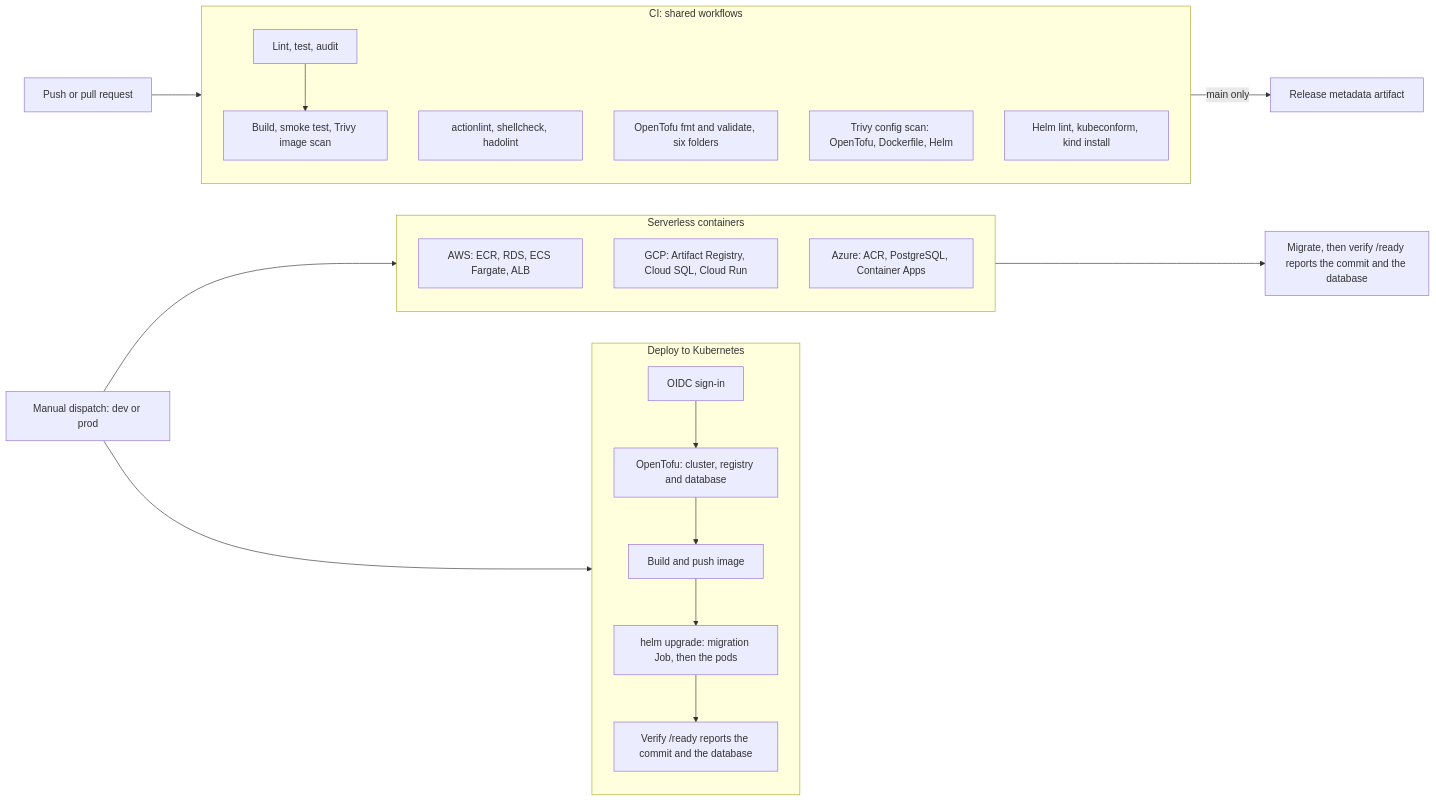
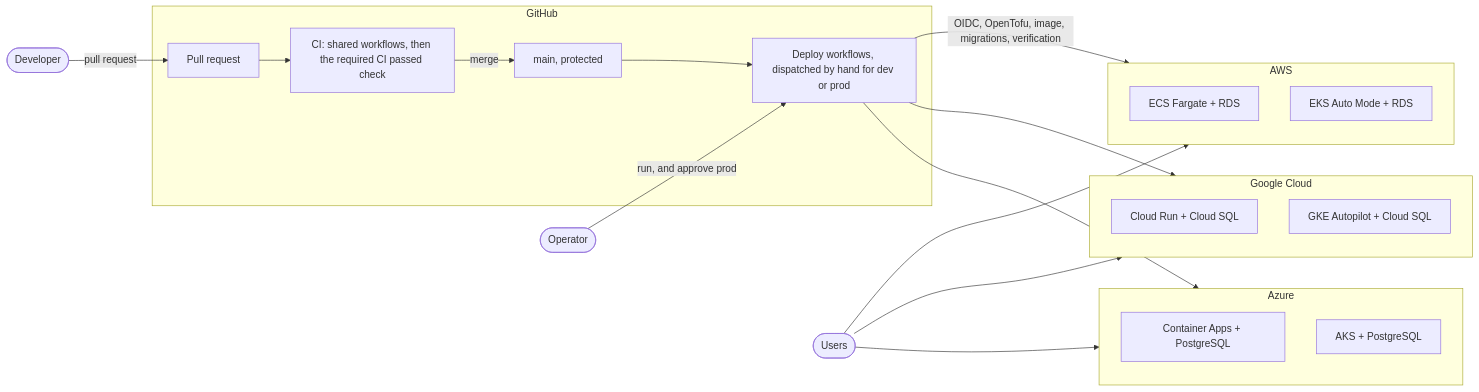
The first of 3 diagrams in docs/architecture.md (Naresh1401/enterprise-multi-cloud), drawn with Mermaid before and after one commit. The commit also changed other lines of this file and 13 other files, not shown here.

First line of the commit message:
Split the architecture doc per cloud and check every claim against the code

````diff
--- a/docs/architecture.md
+++ b/docs/architecture.md
@@ -11,32 +39,28 @@
 ```mermaid
 flowchart LR
-  dev[Push or pull request] --> ci
-
-  subgraph ci[CI: shared workflows]
-    py[Lint, test, audit]
-    lint[actionlint, shellcheck, hadolint]
-    tofu[OpenTofu fmt and validate, six folders]
-    sec[Trivy config scan: OpenTofu, Dockerfile, Helm]
-    img[Build, smoke test, Trivy image scan]
-    helm[Helm lint, kubeconform, kind install]
-    py --> img
+  dev([Developer]) -->|pull request| pr
+  subgraph github["GitHub"]
+    pr["Pull request"] --> ci["CI: shared workflows, then the required CI passed check"]
+    ci -->|merge| main["main, protected"]
+    main --> deploy["Deploy workflows, dispatched by hand for dev or prod"]
   end
-
-  ci -->|main only| meta[Release metadata artifact]
-
-  op[Manual dispatch: dev or prod] --> serverless & k8s
-
-  subgraph serverless[Serverless containers]
-    ecs[AWS: ECR, RDS, ECS Fargate, ALB]
-    run[GCP: Artifact Registry, Cloud SQL, Cloud Run]
-    aca[Azure: ACR, PostgreSQL, Container Apps]
+  op([Operator]) -->|"run, and approve prod"| deploy
+  deploy -->|"OIDC, OpenTofu, image, migrations, verification"| aws
+  deploy --> gcp
+  deploy --> azure
+  subgraph aws["AWS"]
+    ecs["ECS Fargate + RDS"]
+    eks["EKS Auto Mode + RDS"]
   end
-
-  subgraph k8s[Deploy to Kubernetes]
-    k1[OIDC sign-in] --> k2[OpenTofu: cluster, registry and database]
-    k2 --> k3[Build and push image] --> k4[helm upgrade: migration Job, then the pods]
-    k4 --> k5[Verify /ready reports the commit and the database]
+  subgraph gcp["Google Cloud"]
+    run["Cloud Run + Cloud SQL"]
+    gke["GKE Autopilot + Cloud SQL"]
   end
-
-  serverless --> verify[Migrate, then verify /ready reports the commit and the database]
+  subgraph azure["Azure"]
+    aca["Container Apps + PostgreSQL"]
+    aks["AKS + PostgreSQL"]
+  end
+  users([Users]) --> aws
+  users --> gcp
+  users --> azure
 ```
````
